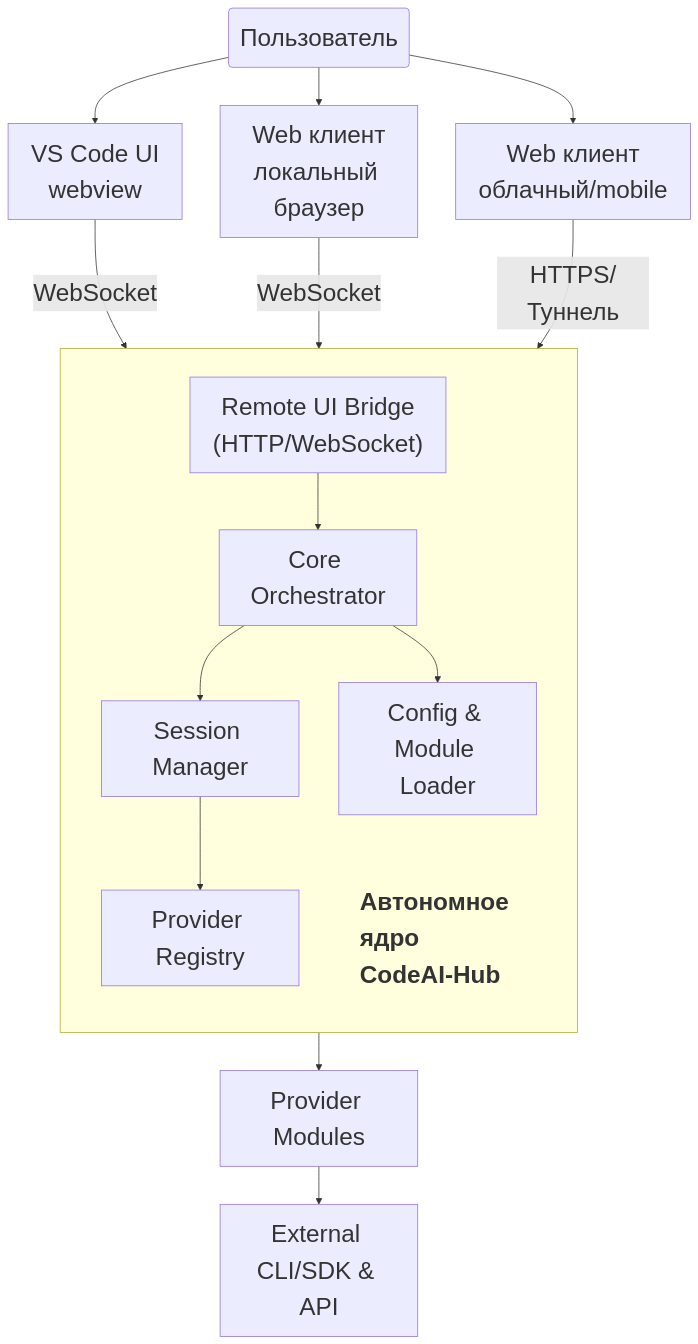
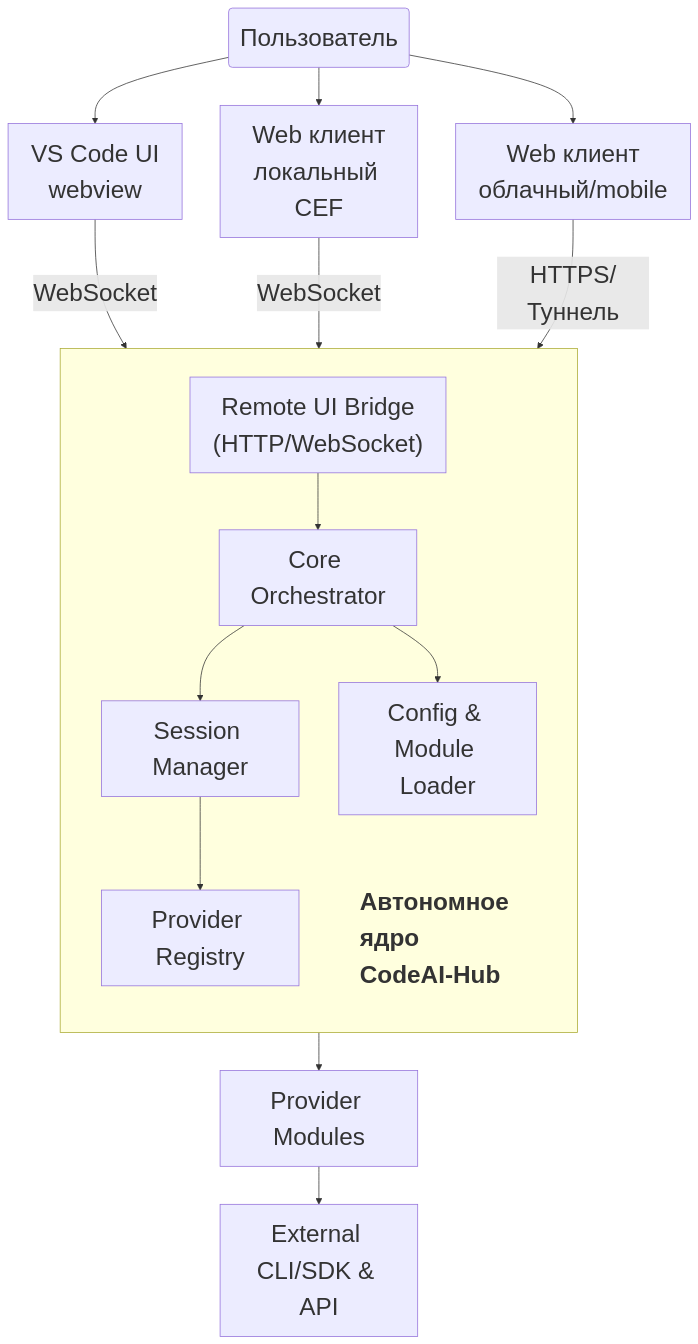
The diagram in doc/Project_Docs/SystemArchitecture/SystemArchitecture.md (OleynikAleksandr/CodeAI-Hub), drawn with Mermaid before and after one commit. The commit also changed other lines of this file and 22 other files, not shown here.

````diff
--- a/doc/Project_Docs/SystemArchitecture/SystemArchitecture.md
+++ b/doc/Project_Docs/SystemArchitecture/SystemArchitecture.md
@@ -16,31 +16,31 @@
 ```mermaid
 %%{init: {'themeVariables': { 'fontSize': '32px'}}}%%
 graph TD
     User(Пользователь) --> VSClient["VS Code UI<br/>webview"]
-    User --> LocalClient["Web клиент<br/>локальный браузер"]
+    User --> LocalClient["Web клиент<br/>локальный CEF"]
     User --> CloudClient["Web клиент<br/>облачный/mobile"]
 
     VSClient -->|WebSocket| RemoteBridge
     LocalClient -->|WebSocket| RemoteBridge
     CloudClient -->|HTTPS/Туннель| RemoteBridge
 
     subgraph CoreCluster[" "]
         direction TB
         CoreLabel["Автономное ядро CodeAI-Hub"]:::stackLabel
         RemoteBridge["Remote UI Bridge<br/>(HTTP/WebSocket)"]
         Orchestrator["Core Orchestrator"]
         SessionMgr["Session Manager"]
         ProviderReg["Provider Registry"]
         Config["Config & Module Loader"]
     end
 
     RemoteBridge --> Orchestrator
     Orchestrator --> SessionMgr
     Orchestrator --> Config
     SessionMgr --> ProviderReg
     ProviderReg --> ProviderModules["Provider Modules"]
     ProviderModules --> ExternalCLI["External CLI/SDK & API"]
 
     class CoreLabel stackLabel;
     classDef stackLabel text-align:left,fill:transparent,stroke:transparent,font-weight:bold;
 ```
````
